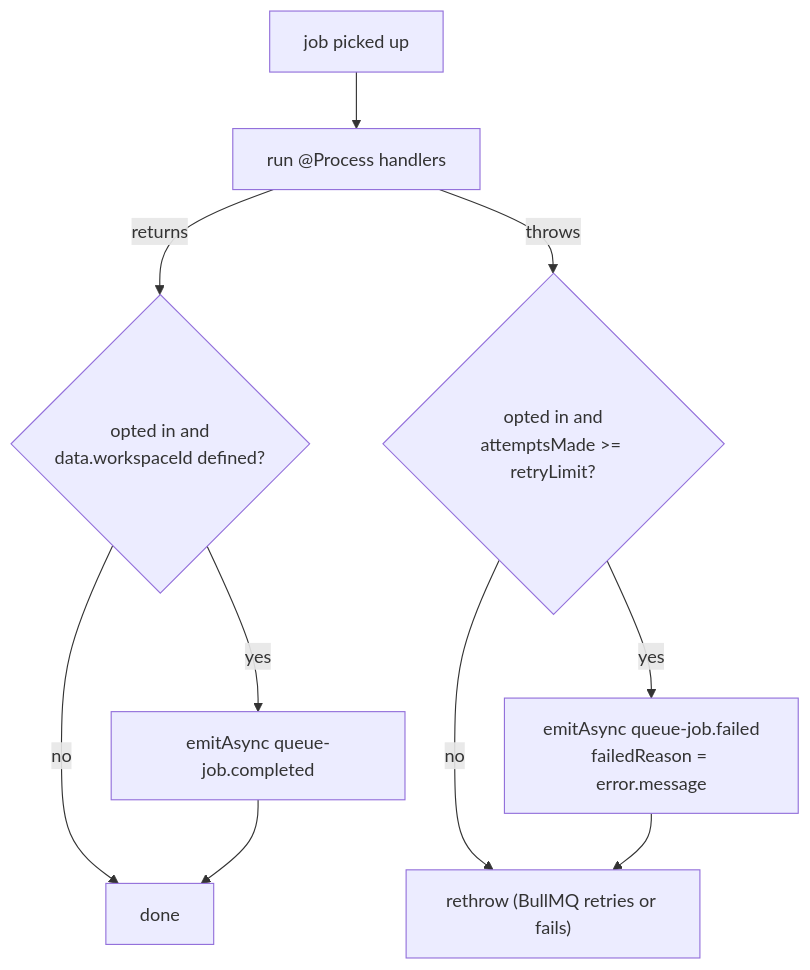
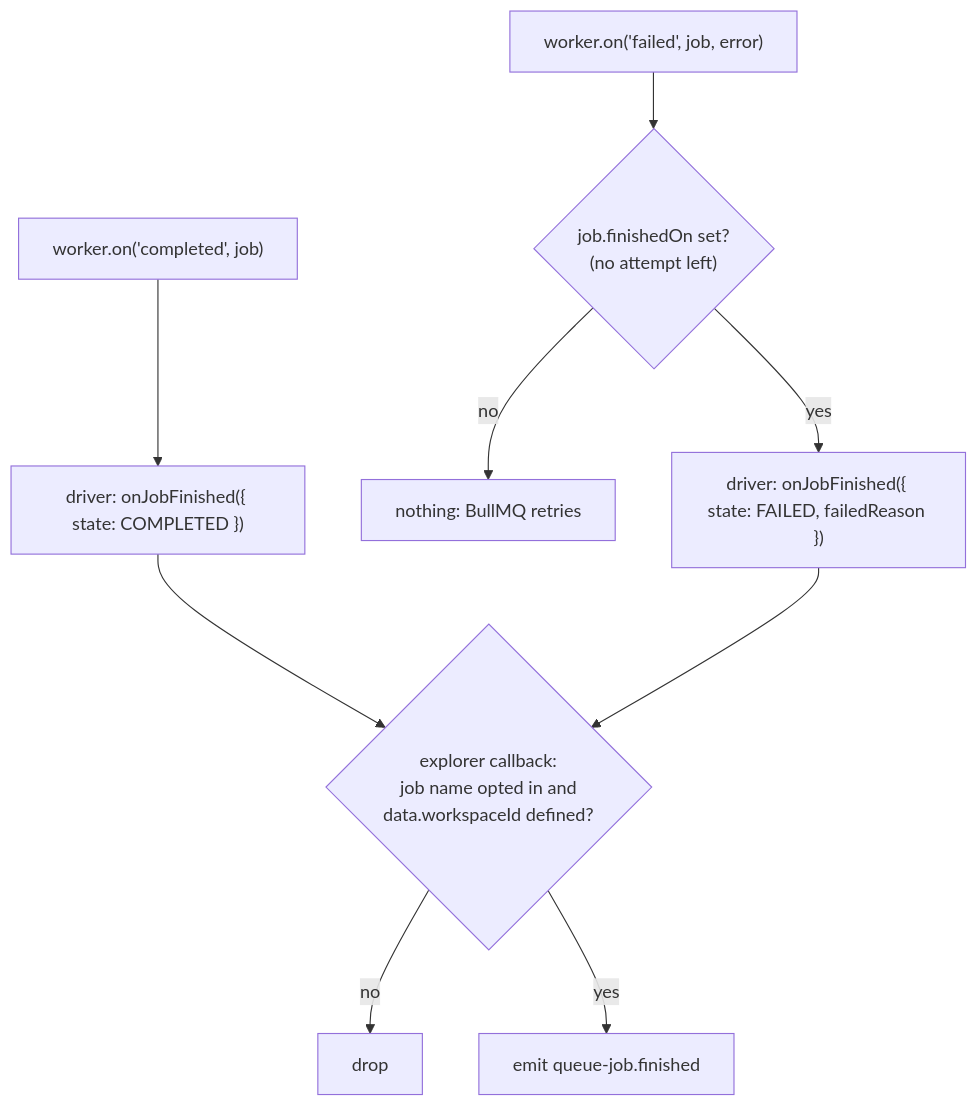
The second of 3 diagrams in packages/twenty-server/docs/QUEUE_JOB_STATUS_BROADCAST.md (twentyhq/twenty), drawn with Mermaid before and after one commit. The commit also changed other lines of this file, not shown here.

Commit message:
Design doc: hook job status broadcast on the BullMQ worker events

````diff
--- a/packages/twenty-server/docs/QUEUE_JOB_STATUS_BROADCAST.md
+++ b/packages/twenty-server/docs/QUEUE_JOB_STATUS_BROADCAST.md
@@ -75,12 +75,11 @@
 ```mermaid
 flowchart TD
-  A["job picked up"] --> B["run @Process handlers"]
-  B -->|returns| C{"opted in and<br/>data.workspaceId defined?"}
-  B -->|throws| D{"opted in and<br/>attemptsMade >= retryLimit?"}
-  C -->|yes| E["emitAsync queue-job.completed"]
-  C -->|no| F["done"]
-  D -->|yes| G["emitAsync queue-job.failed<br/>failedReason = error.message"]
-  D -->|no| H["rethrow (BullMQ retries or fails)"]
-  G --> H
-  E --> F
+  A["worker.on('completed', job)"] --> C["driver: onJobFinished({ state: COMPLETED })"]
+  B["worker.on('failed', job, error)"] --> D{"job.finishedOn set?<br/>(no attempt left)"}
+  D -->|no| E["nothing: BullMQ retries"]
+  D -->|yes| F["driver: onJobFinished({ state: FAILED, failedReason })"]
+  C --> G{"explorer callback:<br/>job name opted in and<br/>data.workspaceId defined?"}
+  F --> G
+  G -->|no| H["drop"]
+  G -->|yes| I["emit queue-job.finished"]
 ```
````
